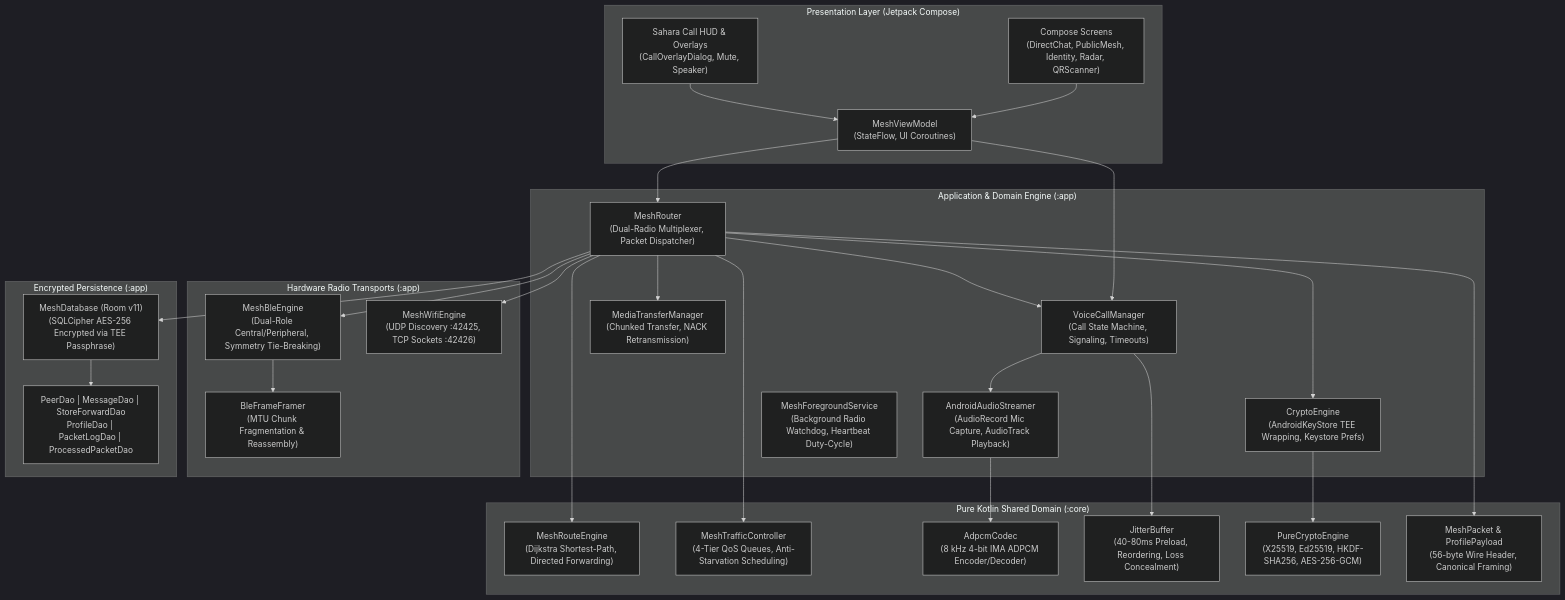
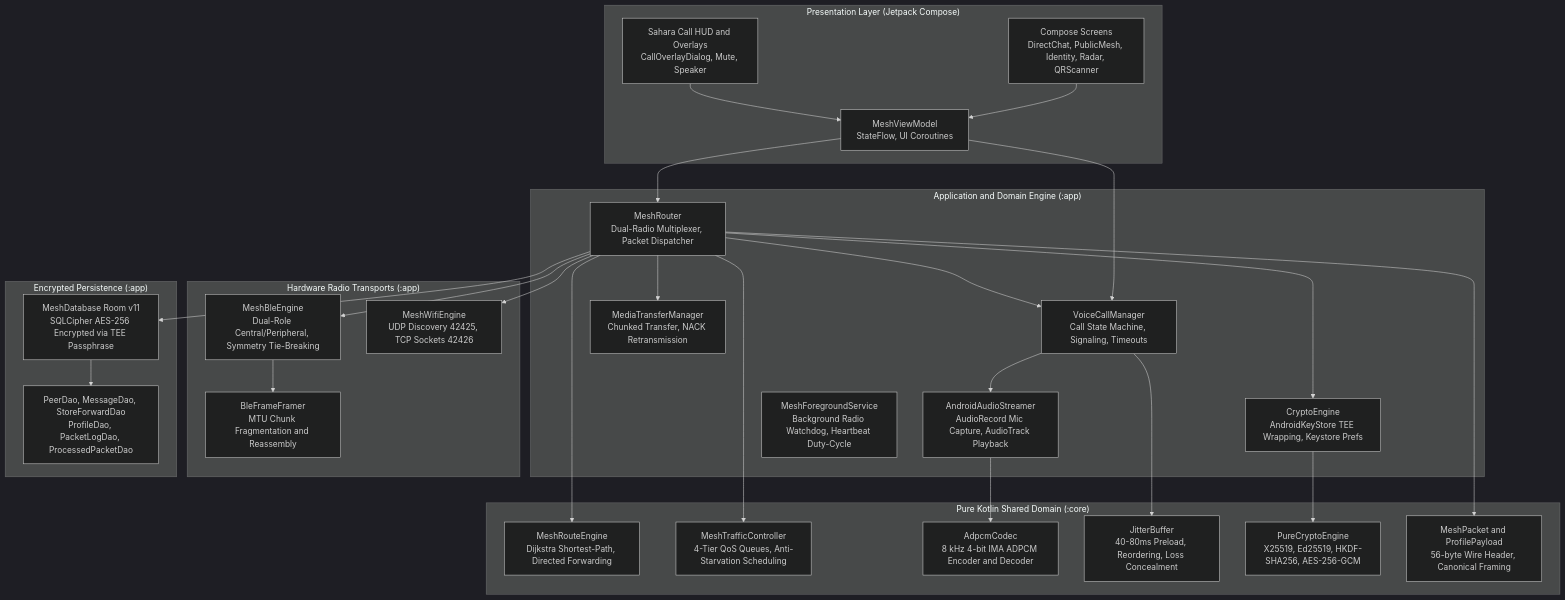
One commit to gintama1018/BIT-FOR-US changed the first of 4 diagrams in docs/ARCHITECTURE.md. Above: the diagram before and after it, drawn with Mermaid (dark theme). The commit also changed other lines of this file and 2 other files, not shown here.

Commit message:
fix(docs): fix Mermaid diagram syntax errors and sanitize edge labels

````diff
--- a/docs/ARCHITECTURE.md
+++ b/docs/ARCHITECTURE.md
@@ -14,60 +14,60 @@
 ```mermaid
 flowchart TB
     subgraph UI_Layer["Presentation Layer (Jetpack Compose)"]
-        UI_Screens["Compose Screens\n(DirectChat, PublicMesh, Identity, Radar, QRScanner)"]
-        HUD["Sahara Call HUD & Overlays\n(CallOverlayDialog, Mute, Speaker)"]
-        VM["MeshViewModel\n(StateFlow, UI Coroutines)"]
+        UI_Screens["Compose Screens<br>DirectChat, PublicMesh, Identity, Radar, QRScanner"]
+        HUD["Sahara Call HUD and Overlays<br>CallOverlayDialog, Mute, Speaker"]
+        VM["MeshViewModel<br>StateFlow, UI Coroutines"]
         UI_Screens --> VM
         HUD --> VM
     end
 
-    subgraph Domain_Layer["Application & Domain Engine (:app)"]
-        Router["MeshRouter\n(Dual-Radio Multiplexer, Packet Dispatcher)"]
-        VoiceMgr["VoiceCallManager\n(Call State Machine, Signaling, Timeouts)"]
-        AudioStreamer["AndroidAudioStreamer\n(AudioRecord Mic Capture, AudioTrack Playback)"]
-        MediaMgr["MediaTransferManager\n(Chunked Transfer, NACK Retransmission)"]
-        CryptoApp["CryptoEngine\n(AndroidKeyStore TEE Wrapping, Keystore Prefs)"]
-        Service["MeshForegroundService\n(Background Radio Watchdog, Heartbeat Duty-Cycle)"]
+    subgraph Domain_Layer["Application and Domain Engine (:app)"]
+        Router["MeshRouter<br>Dual-Radio Multiplexer, Packet Dispatcher"]
+        VoiceMgr["VoiceCallManager<br>Call State Machine, Signaling, Timeouts"]
+        AudioStreamer["AndroidAudioStreamer<br>AudioRecord Mic Capture, AudioTrack Playback"]
+        MediaMgr["MediaTransferManager<br>Chunked Transfer, NACK Retransmission"]
+        CryptoApp["CryptoEngine<br>AndroidKeyStore TEE Wrapping, Keystore Prefs"]
+        Service["MeshForegroundService<br>Background Radio Watchdog, Heartbeat Duty-Cycle"]
         
         VM --> Router
         VM --> VoiceMgr
         VoiceMgr --> AudioStreamer
         Router --> VoiceMgr
         Router --> MediaMgr
         Router --> CryptoApp
     end
 
     subgraph Core_Layer["Pure Kotlin Shared Domain (:core)"]
-        RouteEngine["MeshRouteEngine\n(Dijkstra Shortest-Path, Directed Forwarding)"]
-        TrafficCtrl["MeshTrafficController\n(4-Tier QoS Queues, Anti-Starvation Scheduling)"]
-        Adpcm["AdpcmCodec\n(8 kHz 4-bit IMA ADPCM Encoder/Decoder)"]
-        Jitter["JitterBuffer\n(40-80ms Preload, Reordering, Loss Concealment)"]
-        PureCrypto["PureCryptoEngine\n(X25519, Ed25519, HKDF-SHA256, AES-256-GCM)"]
-        WireProtocol["MeshPacket & ProfilePayload\n(56-byte Wire Header, Canonical Framing)"]
+        RouteEngine["MeshRouteEngine<br>Dijkstra Shortest-Path, Directed Forwarding"]
+        TrafficCtrl["MeshTrafficController<br>4-Tier QoS Queues, Anti-Starvation Scheduling"]
+        Adpcm["AdpcmCodec<br>8 kHz 4-bit IMA ADPCM Encoder and Decoder"]
+        Jitter["JitterBuffer<br>40-80ms Preload, Reordering, Loss Concealment"]
+        PureCrypto["PureCryptoEngine<br>X25519, Ed25519, HKDF-SHA256, AES-256-GCM"]
+        WireProtocol["MeshPacket and ProfilePayload<br>56-byte Wire Header, Canonical Framing"]
 
         Router --> RouteEngine
         Router --> TrafficCtrl
         VoiceMgr --> Jitter
         AudioStreamer --> Adpcm
         CryptoApp --> PureCrypto
         Router --> WireProtocol
     end
 
     subgraph Transport_Layer["Hardware Radio Transports (:app)"]
-        BLE["MeshBleEngine\n(Dual-Role Central/Peripheral, Symmetry Tie-Breaking)"]
-        BleFramer["BleFrameFramer\n(MTU Chunk Fragmentation & Reassembly)"]
-        WiFi["MeshWifiEngine\n(UDP Discovery :42425, TCP Sockets :42426)"]
+        BLE["MeshBleEngine<br>Dual-Role Central/Peripheral, Symmetry Tie-Breaking"]
+        BleFramer["BleFrameFramer<br>MTU Chunk Fragmentation and Reassembly"]
+        WiFi["MeshWifiEngine<br>UDP Discovery 42425, TCP Sockets 42426"]
 
         Router --> BLE
         BLE --> BleFramer
         Router --> WiFi
     end
 
     subgraph Persistence_Layer["Encrypted Persistence (:app)"]
-        SQLCipher["MeshDatabase (Room v11)\n(SQLCipher AES-256 Encrypted via TEE Passphrase)"]
-        DAOs["PeerDao | MessageDao | StoreForwardDao\nProfileDao | PacketLogDao | ProcessedPacketDao"]
+        SQLCipher["MeshDatabase Room v11<br>SQLCipher AES-256 Encrypted via TEE Passphrase"]
+        DAOs["PeerDao, MessageDao, StoreForwardDao<br>ProfileDao, PacketLogDao, ProcessedPacketDao"]
 
         Router --> SQLCipher
         SQLCipher --> DAOs
     end
 ```
````
